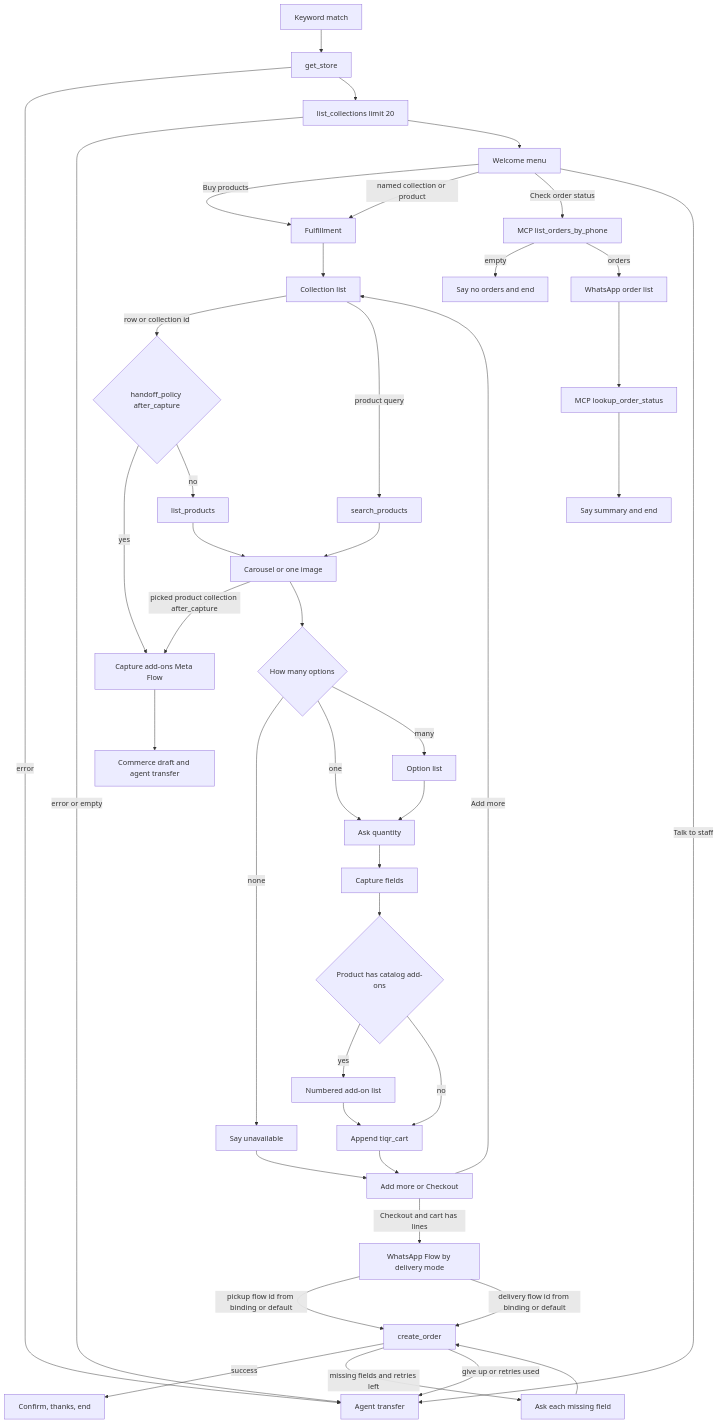
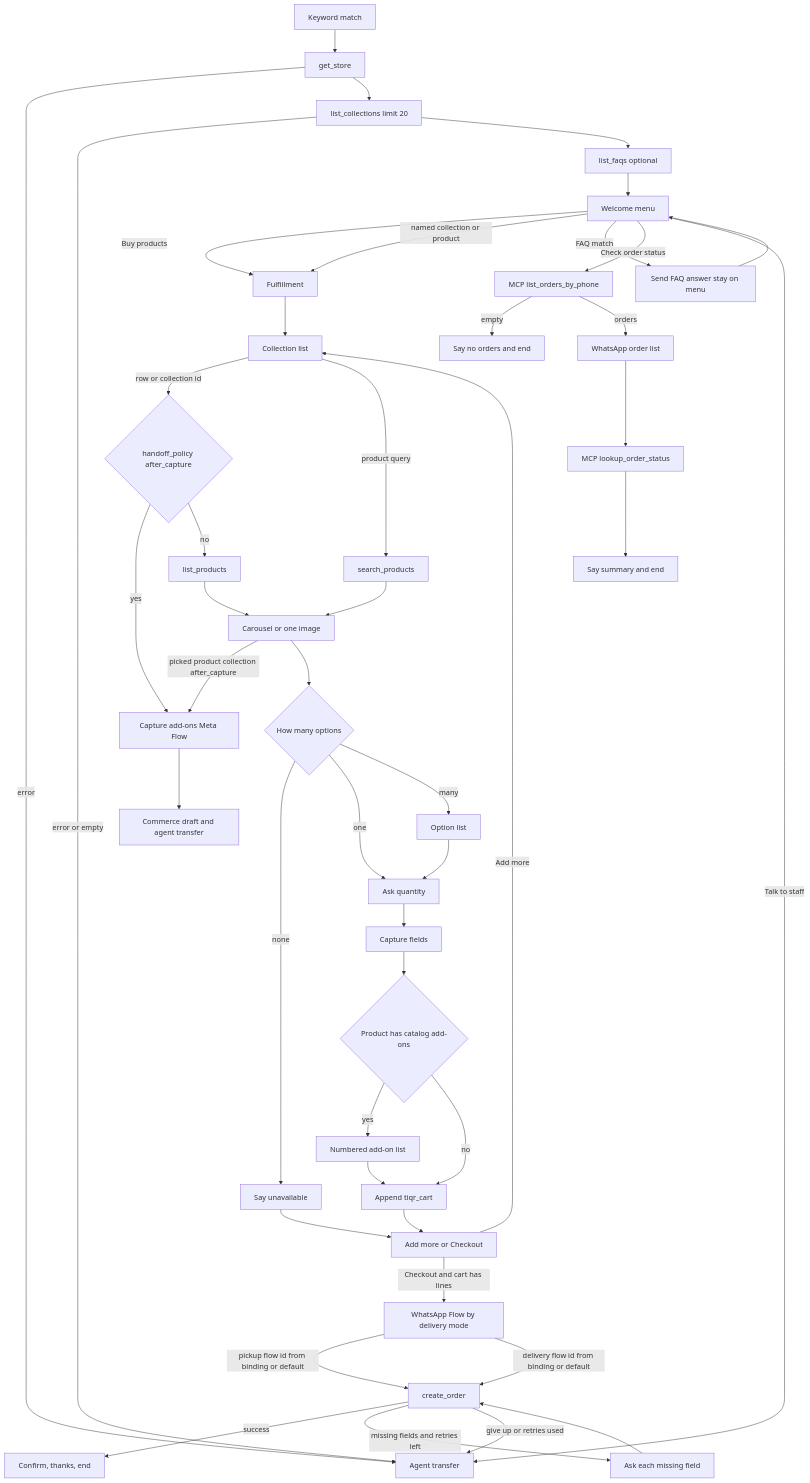
Before and after one commit to Ticker-Events/whatomate: the diagram in docs/tiqr-ecommerce-coded-flow.md, drawn with Mermaid. The commit also changed other lines of this file and 9 other files, not shown here.

````diff
--- a/docs/tiqr-ecommerce-coded-flow.md
+++ b/docs/tiqr-ecommerce-coded-flow.md
@@ -19,45 +19,48 @@
 ```mermaid
 flowchart TD
   kw[Keyword match] --> store[get_store]
   store -->|error| xfer[Agent transfer]
   store --> cols["list_collections limit 20"]
   cols -->|error or empty| xfer
-  cols --> menu[Welcome menu]
+  cols --> faqs["list_faqs optional"]
+  faqs --> menu[Welcome menu]
   menu -->|Buy products| ful[Fulfillment]
   menu -->|named collection or product| ful
+  menu -->|FAQ match| faqAns[Send FAQ answer stay on menu]
   menu -->|Check order status| look[MCP list_orders_by_phone]
   menu -->|Talk to staff| xfer
+  faqAns --> menu
   look -->|empty| miss[Say no orders and end]
   look -->|orders| pick[WhatsApp order list]
   pick --> detail[MCP lookup_order_status]
   detail --> endStatus[Say summary and end]
   ful --> list[Collection list]
   list -->|row or collection id| policy{handoff_policy after_capture}
   policy -->|yes| earlyHandoff[Capture add-ons Meta Flow]
   earlyHandoff --> commerceXfer[Commerce draft and agent transfer]
   policy -->|no| prod[list_products]
   list -->|product query| search[search_products]
   search --> show[Carousel or one image]
   prod --> show
   show -->|picked product collection after_capture| earlyHandoff
   show --> opt{How many options}
   opt -->|none| skip[Say unavailable]
   opt -->|one| qty[Ask quantity]
   opt -->|many| olist[Option list]
   olist --> qty
   qty --> capture[Capture fields]
   capture --> addons{Product has catalog add-ons}
   addons -->|yes| addonAsk[Numbered add-on list]
   addonAsk --> cart[Append tiqr_cart]
   addons -->|no| cart
   skip --> next[Add more or Checkout]
   cart --> next
   next -->|Add more| list
   next -->|Checkout and cart has lines| flow[WhatsApp Flow by delivery mode]
   flow -->|pickup flow id from binding or default| create[create_order]
   flow -->|delivery flow id from binding or default| create
   create -->|success| done[Confirm, thanks, end]
   create -->|missing fields and retries left| fix[Ask each missing field]
   fix --> create
   create -->|give up or retries used| xfer
 ```
````
